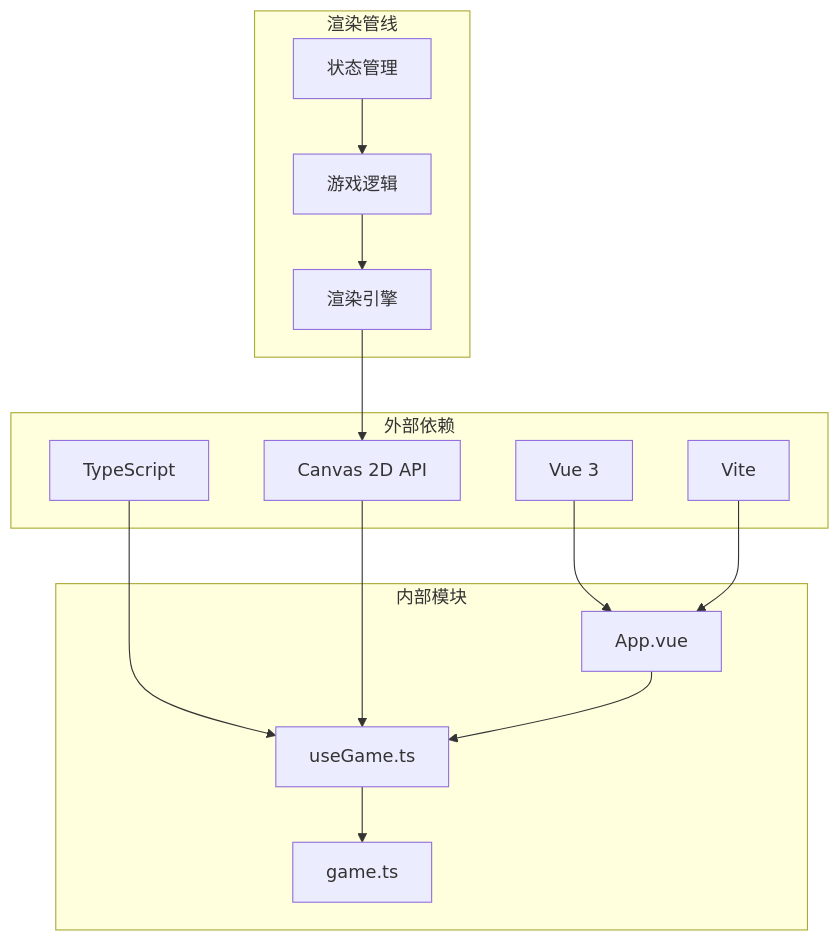
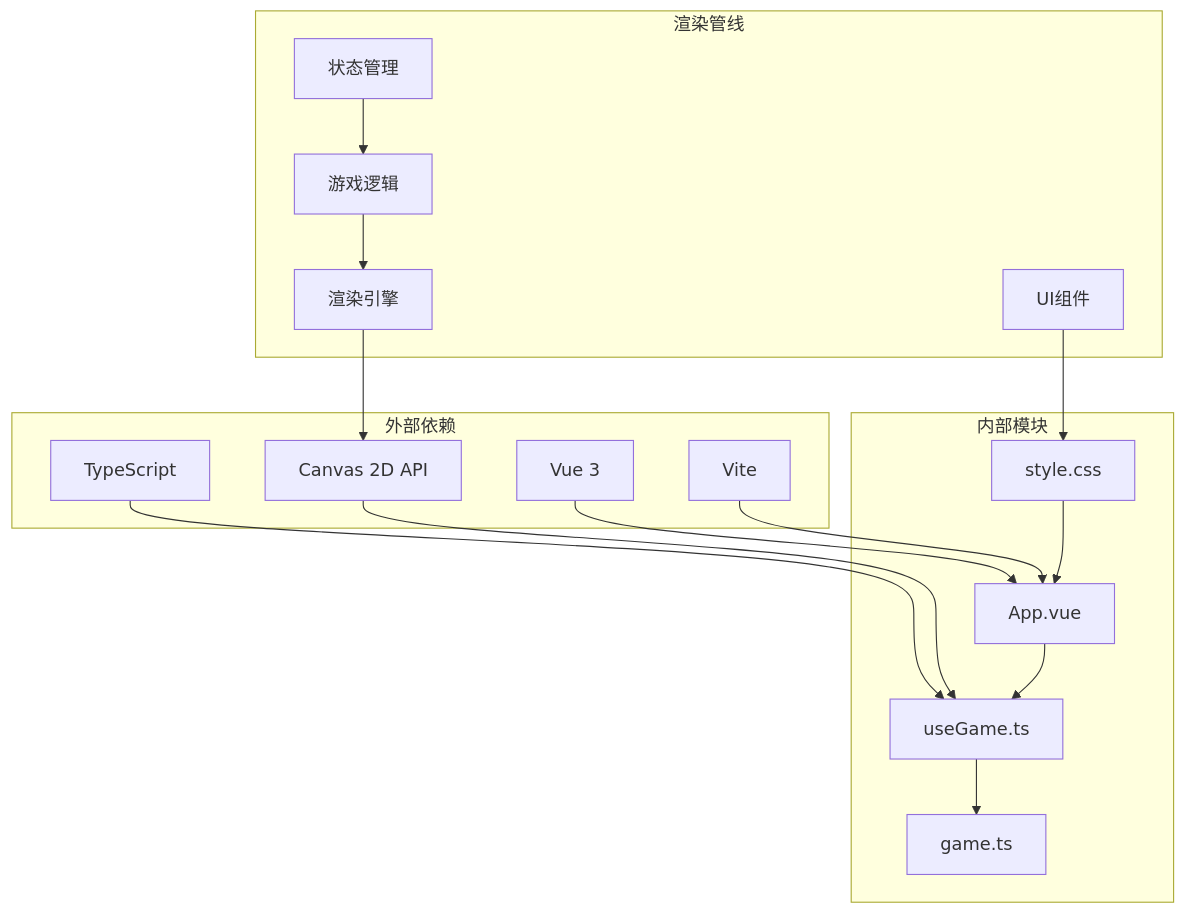
One commit to mrancc/reimagined-journey changed diagram 11 of 12 in .qoder/repowiki/zh/content/核心架构/Canvas 渲染系统.md. Above: the diagram before and after it, drawn with Mermaid. The commit also changed other lines of this file and 11 other files, not shown here.

````diff
--- a/.qoder/repowiki/zh/content/核心架构/Canvas 渲染系统.md
+++ b/.qoder/repowiki/zh/content/核心架构/Canvas 渲染系统.md
@@ -263,28 +369,32 @@
 ```mermaid
 graph TB
 subgraph "外部依赖"
 A[Vue 3]
 B[TypeScript]
 C[Vite]
 D[Canvas 2D API]
 end
 subgraph "内部模块"
 E[App.vue]
 F[useGame.ts]
 G[game.ts]
+H[style.css]
 end
 subgraph "渲染管线"
-H[状态管理]
-I[游戏逻辑]
-J[渲染引擎]
+I[状态管理]
+J[游戏逻辑]
+K[渲染引擎]
+L[UI组件]
 end
 A --> E
 B --> F
 C --> E
 D --> F
 E --> F
 F --> G
-H --> I
+H --> E
 I --> J
-J --> D
+J --> K
+K --> D
+L --> H
 ```
````
